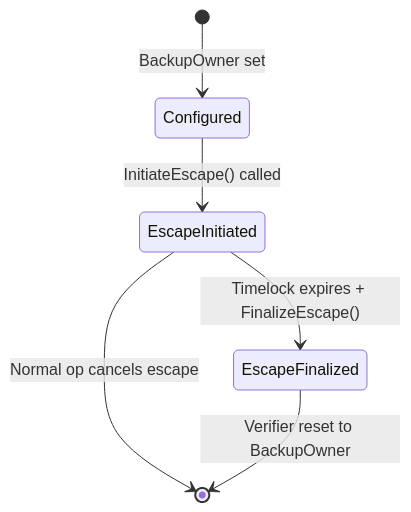
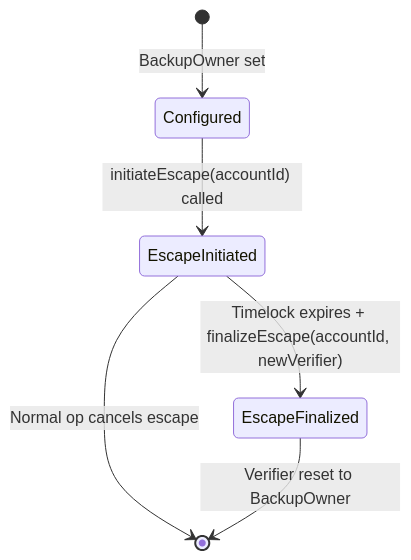
One commit to RustForNeo/neo-os-aa changed the third of 3 diagrams in docs/ETHEREUM_AA_COMPARISON.md. Above: the diagram before and after it, drawn with Mermaid. The commit also changed other lines of this file and 1 other file, not shown here.

First line of the commit message:
docs(aa): spell the escape and escrow entrypoints as deployed

````diff
--- a/docs/ETHEREUM_AA_COMPARISON.md
+++ b/docs/ETHEREUM_AA_COMPARISON.md
@@ -298,8 +298,8 @@
 ```mermaid
 stateDiagram-v2
     [*] --> Configured: BackupOwner set
-    Configured --> EscapeInitiated: InitiateEscape() called
+    Configured --> EscapeInitiated: initiateEscape(accountId) called
     EscapeInitiated --> [*]: Normal op cancels escape
-    EscapeInitiated --> EscapeFinalized: Timelock expires + FinalizeEscape()
+    EscapeInitiated --> EscapeFinalized: Timelock expires + finalizeEscape(accountId, newVerifier)
     EscapeFinalized --> [*]: Verifier reset to BackupOwner
 ```
````
